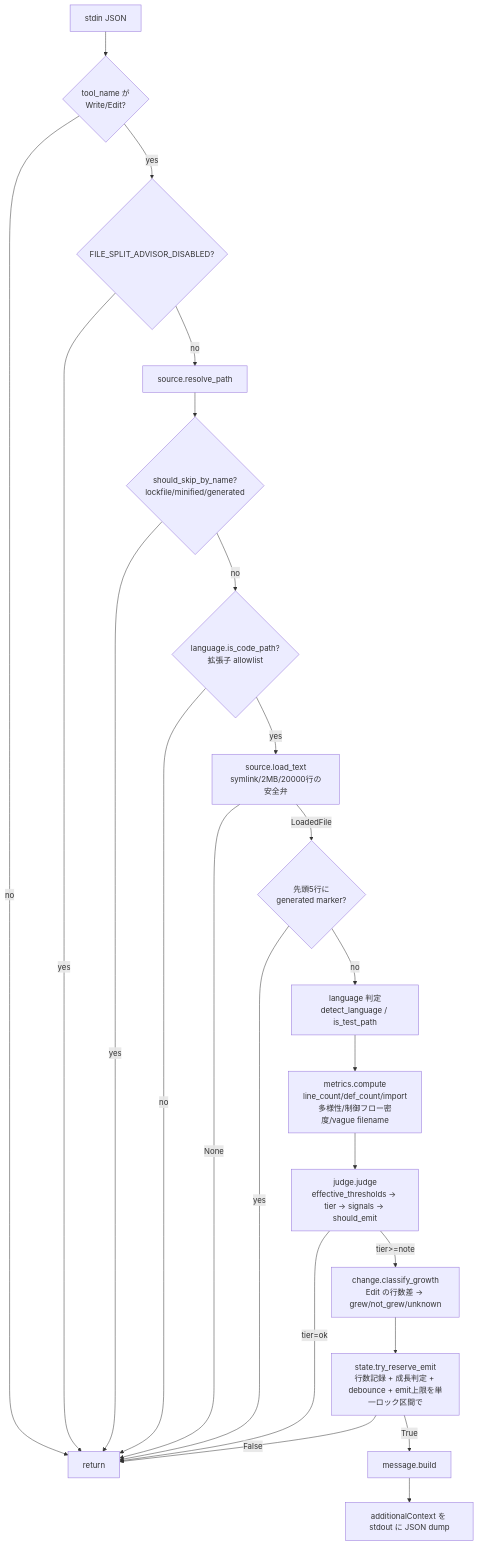
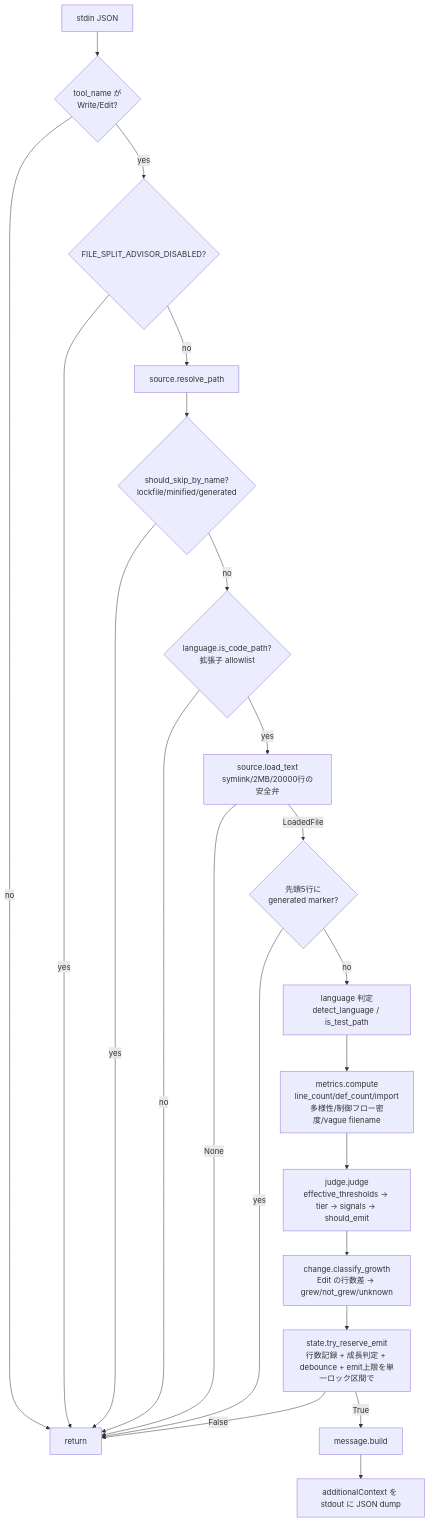
Before and after one commit to Mao-o/cc-mp-worktools: the diagram in plugins/file-split-advisor/hooks/file-split-advisor/CLAUDE.md, drawn with Mermaid. The commit also changed other lines of this file and 6 other files, not shown here.

````diff
--- a/plugins/file-split-advisor/hooks/file-split-advisor/CLAUDE.md
+++ b/plugins/file-split-advisor/hooks/file-split-advisor/CLAUDE.md
@@ -60,25 +60,24 @@
 ```mermaid
 flowchart TD
     A[stdin JSON] --> B{tool_name が<br/>Write/Edit?}
     B -- no --> Z[return]
     B -- yes --> C{FILE_SPLIT_ADVISOR_DISABLED?}
     C -- yes --> Z
     C -- no --> D[source.resolve_path]
     D --> E{should_skip_by_name?<br/>lockfile/minified/generated}
     E -- yes --> Z
     E -- no --> N{language.is_code_path?<br/>拡張子 allowlist}
     N -- no --> Z
     N -- yes --> F[source.load_text<br/>symlink/2MB/20000行の安全弁]
     F -- None --> Z
     F -- LoadedFile --> G{先頭5行に<br/>generated marker?}
     G -- yes --> Z
     G -- no --> H[language 判定<br/>detect_language / is_test_path]
     H --> I[metrics.compute<br/>line_count/def_count/import多様性/制御フロー密度/vague filename]
     I --> J[judge.judge<br/>effective_thresholds → tier → signals → should_emit]
-    J -- tier=ok --> Z
-    J -- tier>=note --> P[change.classify_growth<br/>Edit の行数差 → grew/not_grew/unknown]
+    J --> P[change.classify_growth<br/>Edit の行数差 → grew/not_grew/unknown]
     P --> K[state.try_reserve_emit<br/>行数記録 + 成長判定 + debounce + emit上限を単一ロック区間で]
     K -- False --> Z
     K -- True --> L[message.build]
     L --> M[additionalContext を stdout に JSON dump]
 ```
````
